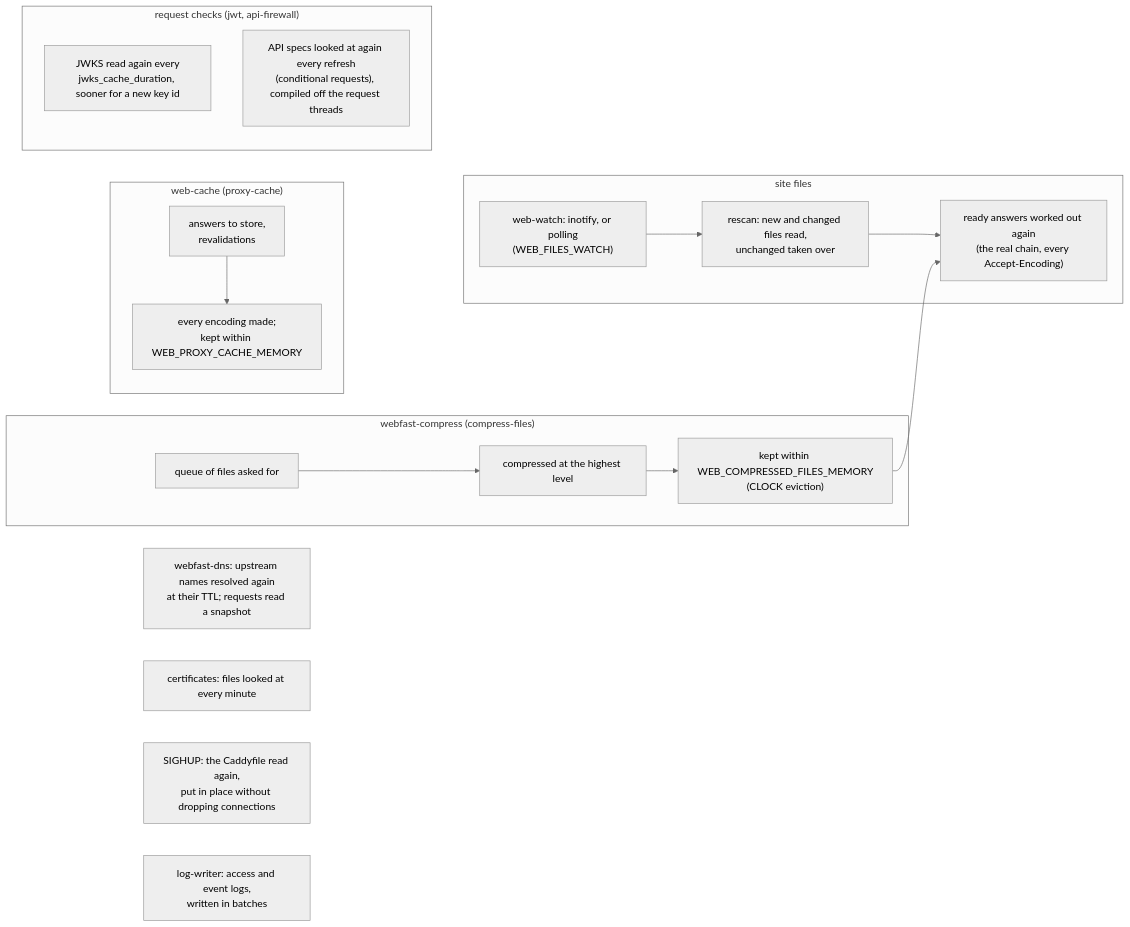
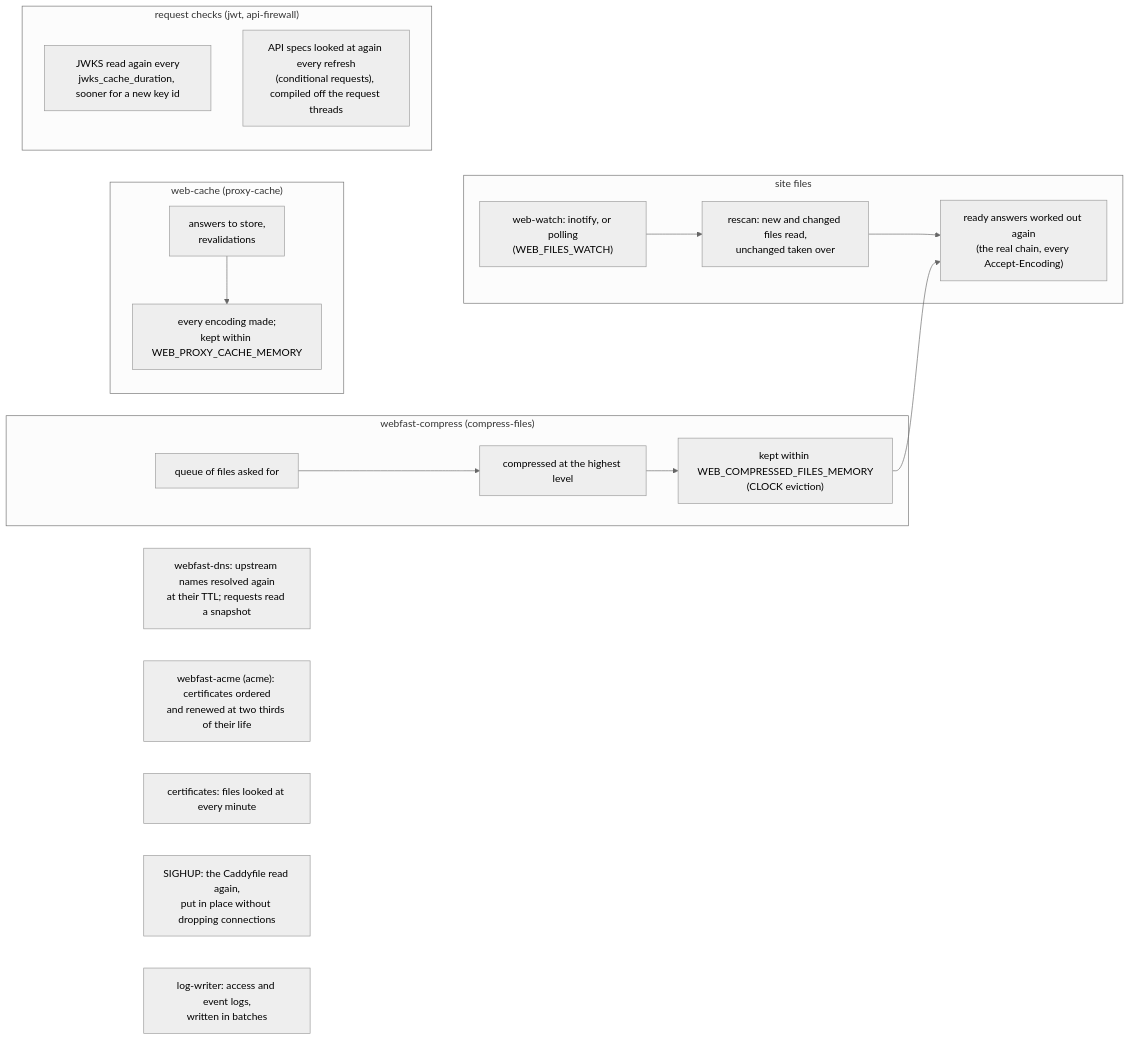
One commit to ops-pro/webfast changed the sixth of 6 diagrams in docs/overview.md. Above: the diagram before and after it, drawn with Mermaid (neutral theme). The commit also changed other lines of this file and 18 other files, not shown here.

First line of the commit message:
Automatic certificates: the acme feature (HTTP-01, TLS-ALPN-01, renewal)

````diff
--- a/docs/overview.md
+++ b/docs/overview.md
@@ -158,23 +158,24 @@
 ```mermaid
 flowchart LR
     subgraph files ["site files"]
         watch["web-watch: inotify, or polling<br/>(WEB_FILES_WATCH)"] --> rescan["rescan: new and changed files read,<br/>unchanged taken over"]
         rescan --> answers["ready answers worked out again<br/>(the real chain, every Accept-Encoding)"]
     end
     subgraph variants ["webfast-compress (compress-files)"]
         queue["queue of files asked for"] --> best["compressed at the highest level"]
         best --> store["kept within WEB_COMPRESSED_FILES_MEMORY<br/>(CLOCK eviction)"]
         store --> answers
     end
     subgraph cache ["web-cache (proxy-cache)"]
         cq["answers to store,<br/>revalidations"] --> cstore["every encoding made;<br/>kept within WEB_PROXY_CACHE_MEMORY"]
     end
     subgraph checks ["request checks (jwt, api-firewall)"]
         jwks["JWKS read again every<br/>jwks_cache_duration, sooner for a new key id"]
         spec["API specs looked at again every refresh<br/>(conditional requests), compiled off the request threads"]
     end
     dns["webfast-dns: upstream names resolved again<br/>at their TTL; requests read a snapshot"]
+    acme["webfast-acme (acme): certificates ordered<br/>and renewed at two thirds of their life"]
     certs["certificates: files looked at every minute"]
     reload["SIGHUP: the Caddyfile read again,<br/>put in place without dropping connections"]
     logs["log-writer: access and event logs,<br/>written in batches"]
 ```
````
